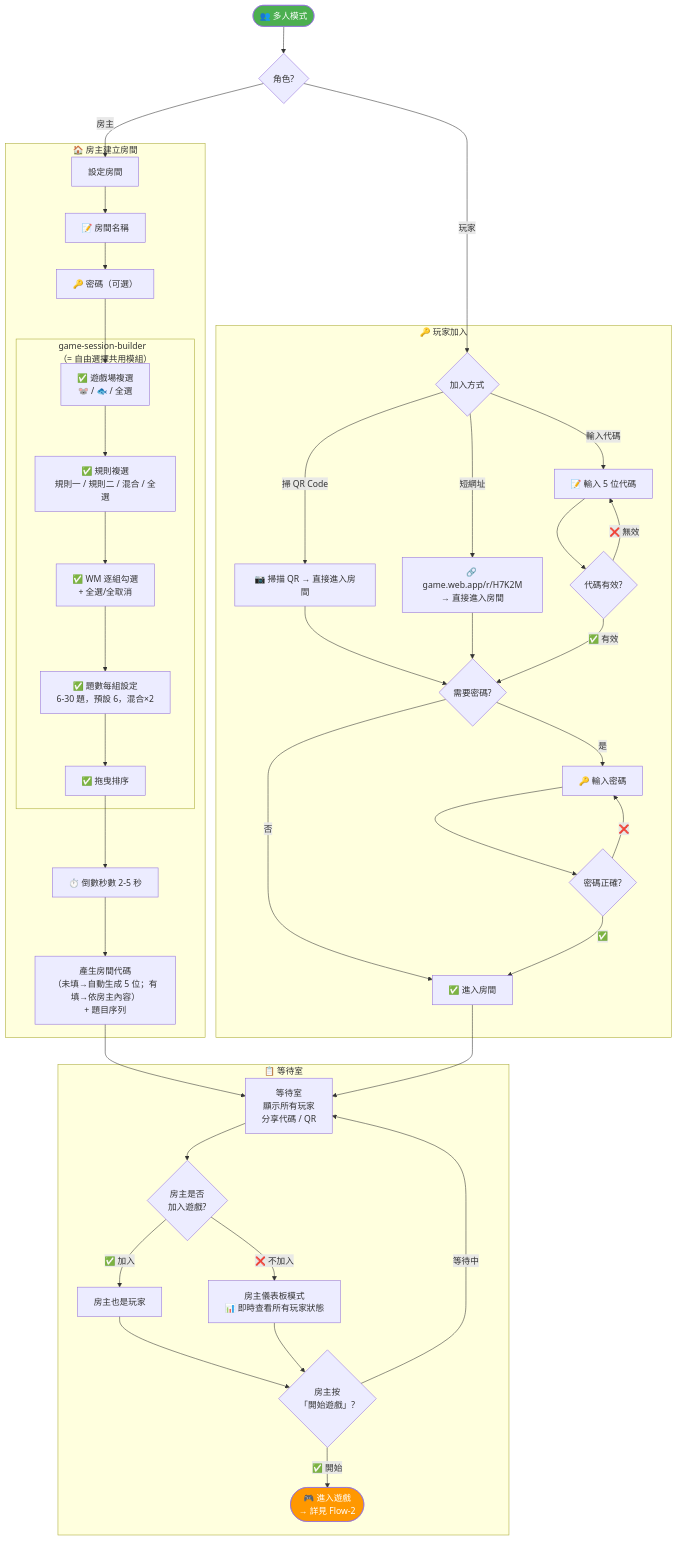
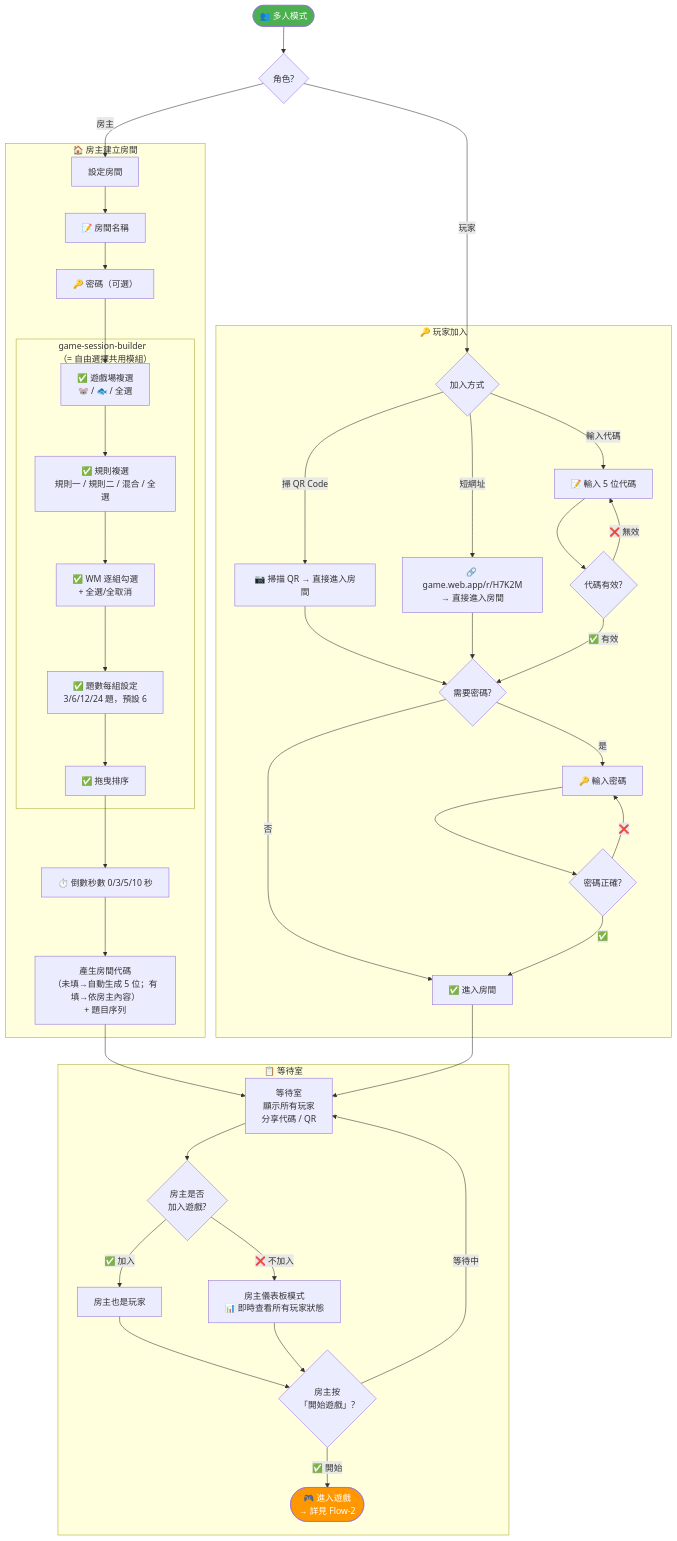
The second of 34 diagrams in 完整需求文件v4.5.md (patiencelee-39/ef-game), drawn with Mermaid before and after one commit. The commit also changed other lines of this file and 4 other files, not shown here.

````diff
--- a/完整需求文件v4.5.md
+++ b/完整需求文件v4.5.md
@@ -356,59 +356,59 @@
 ```mermaid
 flowchart TB
     ENTRY([👥 多人模式]) --> ROLE{角色?}
 
     ROLE -->|房主| CREATE
     ROLE -->|玩家| JOIN_METHOD
 
     subgraph 建立房間["🏠 房主建立房間"]
         CREATE[設定房間] --> ROOM_NAME[📝 房間名稱]
         ROOM_NAME --> PWD[🔑 密碼（可選）]
         PWD --> FIELD
 
         subgraph GSB["game-session-builder<br/>（= 自由選擇共用模組）"]
             FIELD[✅ 遊戲場複選<br/>🐭 / 🐟 / 全選]
             FIELD --> RULE[✅ 規則複選<br/>規則一 / 規則二 / 混合 / 全選]
             RULE --> WM_SET[✅ WM 逐組勾選<br/>+ 全選/全取消]
-            WM_SET --> QNUM[✅ 題數每組設定<br/>6-30 題，預設 6，混合×2]
+            WM_SET --> QNUM[✅ 題數每組設定<br/>3/6/12/24 題，預設 6]
             QNUM --> ORDER[✅ 拖曳排序]
         end
 
-        ORDER --> COUNTDOWN[⏱️ 倒數秒數 2-5 秒]
+        ORDER --> COUNTDOWN[⏱️ 倒數秒數 0/3/5/10 秒]
         COUNTDOWN --> GEN[產生房間代碼<br/>（未填→自動生成 5 位；有填→依房主內容）<br/>+ 題目序列]
     end
 
     GEN --> WAITING
 
     subgraph 加入房間["🔑 玩家加入"]
         JOIN_METHOD{加入方式}
         JOIN_METHOD -->|輸入代碼| CODE[📝 輸入 5 位代碼]
         JOIN_METHOD -->|掃 QR Code| QR[📷 掃描 QR → 直接進入房間]
         JOIN_METHOD -->|短網址| URL[🔗 game.web.app/r/H7K2M<br/>→ 直接進入房間]
         CODE --> VALIDATE{代碼有效?}
         QR --> PWD_CHECK
         URL --> PWD_CHECK
         VALIDATE -->|❌ 無效| CODE
         VALIDATE -->|✅ 有效| PWD_CHECK{需要密碼?}
         PWD_CHECK -->|否| ENTER
         PWD_CHECK -->|是| PWD_INPUT[🔑 輸入密碼]
         PWD_INPUT --> PWD_VERIFY{密碼正確?}
         PWD_VERIFY -->|❌| PWD_INPUT
         PWD_VERIFY -->|✅| ENTER
     end
 
     ENTER[✅ 進入房間] --> WAITING
 
     subgraph 等待室["📋 等待室"]
         WAITING[等待室<br/>顯示所有玩家<br/>分享代碼 / QR]
         WAITING --> HOST_JOIN{房主是否<br/>加入遊戲?}
         HOST_JOIN -->|✅ 加入| HOST_PLAY[房主也是玩家]
         HOST_JOIN -->|❌ 不加入| HOST_OBSERVE[房主儀表板模式<br/>📊 即時查看所有玩家狀態]
         HOST_PLAY --> HOST_START{房主按<br/>「開始遊戲」?}
         HOST_OBSERVE --> HOST_START
         HOST_START -->|等待中| WAITING
         HOST_START -->|✅ 開始| GAME([🎮 進入遊戲<br/>→ 詳見 Flow-2])
     end
 
     style ENTRY fill:#4CAF50,color:#fff
     style GAME fill:#FF9800,color:#fff
 ```
````
